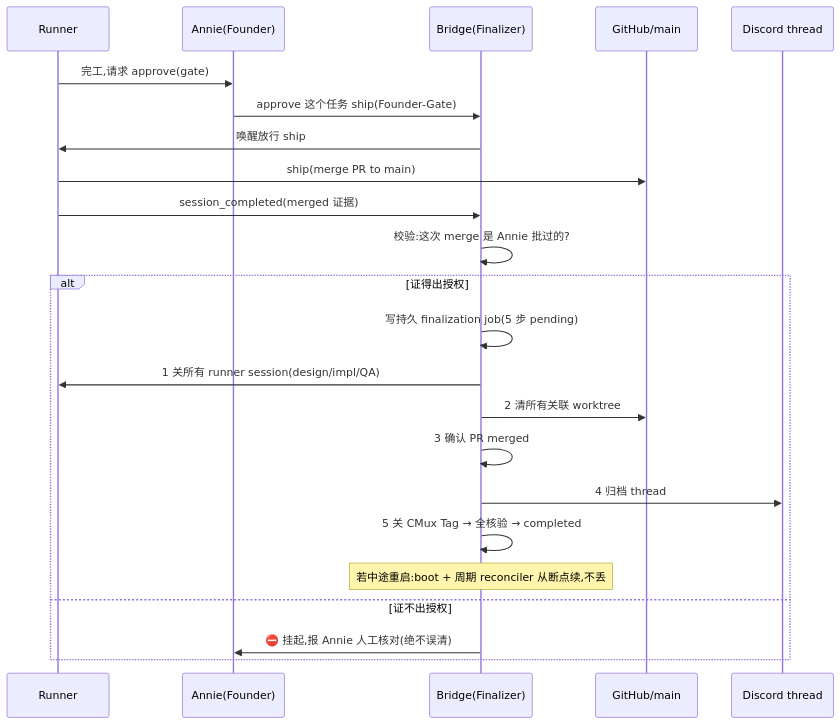
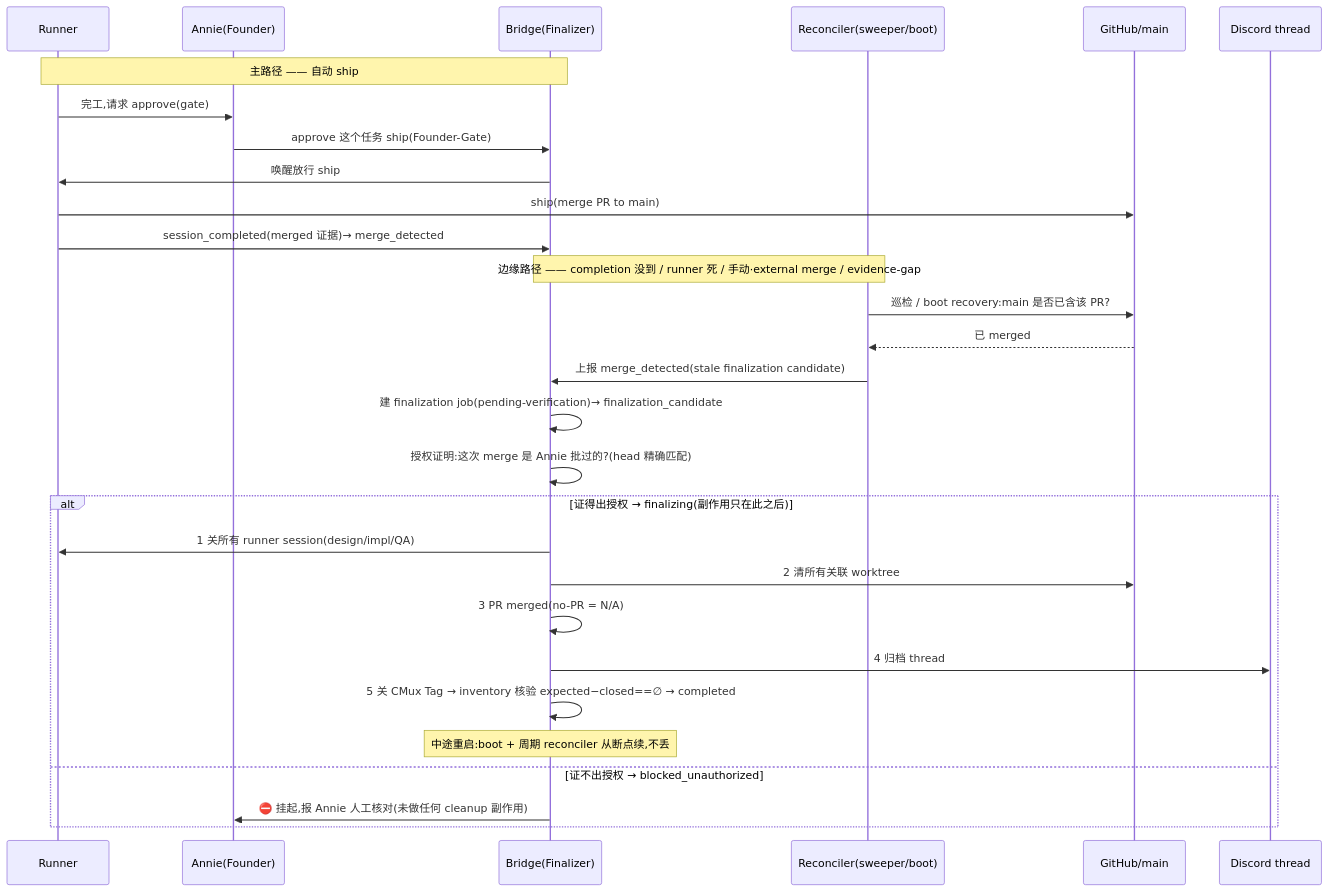
One commit to xrliAnnie/flywheel-qa-sandbox changed the second of 3 diagrams in product/doc/FLY-978-decouple-cleanup-restart/prd.md. Above: the diagram before and after it, drawn with Mermaid. The commit also changed other lines of this file, not shown here.

````diff
--- a/product/doc/FLY-978-decouple-cleanup-restart/prd.md
+++ b/product/doc/FLY-978-decouple-cleanup-restart/prd.md
@@ -191,26 +222,34 @@
 ```mermaid
 sequenceDiagram
     participant R as Runner
     participant A as Annie(Founder)
     participant B as Bridge(Finalizer)
+    participant X as Reconciler(sweeper/boot)
     participant G as GitHub/main
     participant D as Discord thread
 
+    Note over R,B: 主路径 —— 自动 ship
     R->>A: 完工,请求 approve(gate)
     A->>B: approve 这个任务 ship(Founder-Gate)
     B->>R: 唤醒放行 ship
     R->>G: ship(merge PR to main)
-    R->>B: session_completed(merged 证据)
-    B->>B: 校验:这次 merge 是 Annie 批过的?
-    alt 证得出授权
-        B->>B: 写持久 finalization job(5 步 pending)
+    R->>B: session_completed(merged 证据)→ merge_detected
+
+    Note over X,B: 边缘路径 —— completion 没到 / runner 死 / 手动·external merge / evidence-gap
+    X->>G: 巡检 / boot recovery:main 是否已含该 PR?
+    G-->>X: 已 merged
+    X->>B: 上报 merge_detected(stale finalization candidate)
+
+    B->>B: 建 finalization job(pending-verification)→ finalization_candidate
+    B->>B: 授权证明:这次 merge 是 Annie 批过的?(head 精确匹配)
+    alt 证得出授权 → finalizing(副作用只在此之后)
         B->>R: 1 关所有 runner session(design/impl/QA)
         B->>G: 2 清所有关联 worktree
-        B->>B: 3 确认 PR merged
+        B->>B: 3 PR merged(no-PR = N/A)
         B->>D: 4 归档 thread
-        B->>B: 5 关 CMux Tag → 全核验 → completed
-        Note over B: 若中途重启:boot + 周期 reconciler 从断点续,不丢
-    else 证不出授权
-        B->>A: ⛔ 挂起,报 Annie 人工核对(绝不误清)
+        B->>B: 5 关 CMux Tag → inventory 核验 expected−closed==∅ → completed
+        Note over B: 中途重启:boot + 周期 reconciler 从断点续,不丢
+    else 证不出授权 → blocked_unauthorized
+        B->>A: ⛔ 挂起,报 Annie 人工核对(未做任何 cleanup 副作用)
     end
 ```
````
